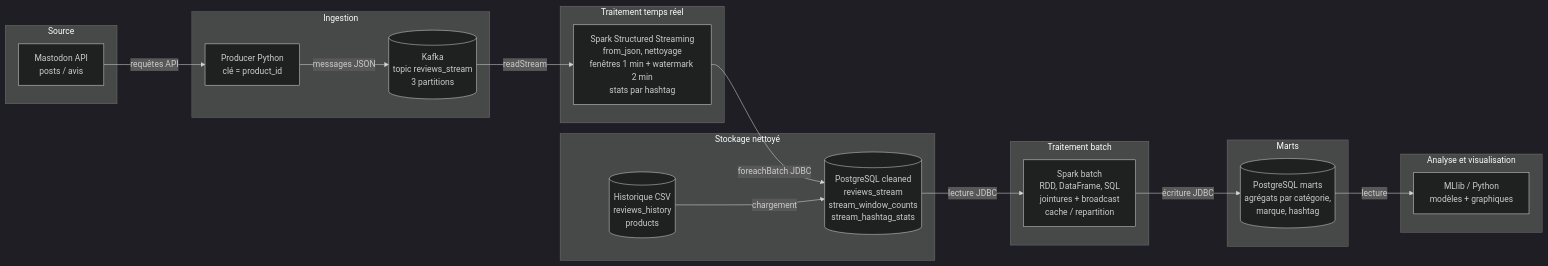
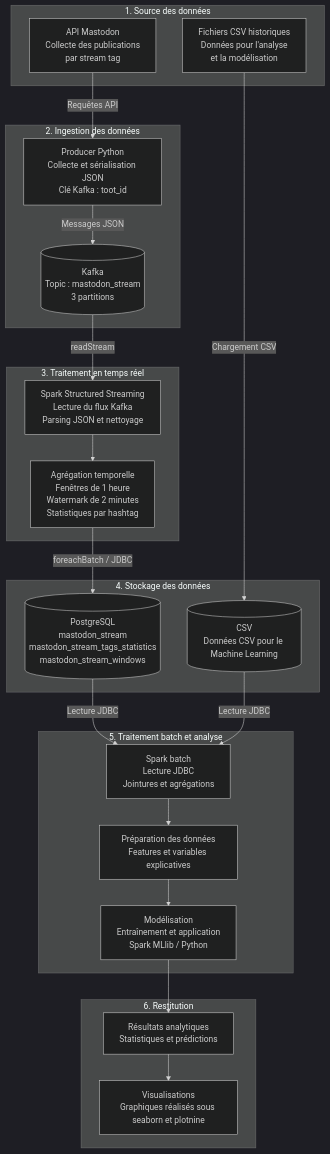
Before and after one commit to julien-data-analyst/5SPAR-streaming-spark: the diagram in README.md, drawn with Mermaid (dark theme). The commit also changed other lines of this file and 3 other files, not shown here.

````diff
--- a/README.md
+++ b/README.md
@@ -69,41 +198,50 @@
 ```mermaid
-flowchart LR
-    subgraph SRC["Source"]
-        A["Mastodon API<br/>posts / avis"]
+flowchart TD
+
+    subgraph SRC["1. Source des données"]
+        A["API Mastodon<br/>Collecte des publications<br/>par stream tag"]
+        H["Fichiers CSV historiques<br/>Données pour l'analyse<br/>et la modélisation"]
     end
 
-    subgraph ING["Ingestion"]
-        B["Producer Python<br/>clé = product_id"]
-        C[("Kafka<br/>topic reviews_stream<br/>3 partitions")]
+    subgraph ING["2. Ingestion des données"]
+        B["Producer Python<br/>Collecte et sérialisation JSON<br/>Clé Kafka : toot_id"]
+        C[("Kafka<br/>Topic : mastodon_stream<br/>3 partitions")]
     end
 
-    subgraph STR["Traitement temps réel"]
-        D["Spark Structured Streaming<br/>from_json, nettoyage<br/>fenêtres 1 min + watermark 2 min<br/>stats par hashtag"]
+    subgraph STR["3. Traitement en temps réel"]
+        D["Spark Structured Streaming<br/>Lecture du flux Kafka<br/>Parsing JSON et nettoyage"]
+        W["Agrégation temporelle<br/>Fenêtres de 1 heure<br/>Watermark de 2 minutes<br/>Statistiques par hashtag"]
     end
 
-    subgraph CLEAN["Stockage nettoyé"]
-        E[("PostgreSQL cleaned<br/>reviews_stream<br/>stream_window_counts<br/>stream_hashtag_stats")]
-        H[("Historique CSV<br/>reviews_history<br/>products")]
+    subgraph STO["4. Stockage des données"]
+        E[("PostgreSQL<br/>mastodon_stream<br/>mastodon_stream_tags_statistics<br/>mastodon_stream_windows")]
+        J[("CSV<br/>Données CSV pour le Machine Learning")]
     end
 
-    subgraph BAT["Traitement batch"]
-        F["Spark batch<br/>RDD, DataFrame, SQL<br/>jointures + broadcast<br/>cache / repartition"]
+    subgraph BAT["5. Traitement batch et analyse"]
+        F["Spark batch<br/>Lecture JDBC<br/>Jointures et agrégations"]
+        G["Préparation des données<br/>Features et variables explicatives"]
+        M["Modélisation<br/>Entraînement et application<br/>Spark MLlib / Python"]
     end
 
-    subgraph MART["Marts"]
-        G[("PostgreSQL marts<br/>agrégats par catégorie,<br/>marque, hashtag")]
+    subgraph OUT["6. Restitution"]
+        I["Résultats analytiques<br/>Statistiques et prédictions"]
+        V["Visualisations<br/>Graphiques réalisés sous seaborn et plotnine"]
     end
 
-    subgraph ML["Analyse et visualisation"]
-        I["MLlib / Python<br/>modèles + graphiques"]
-    end
+    A -->|"Requêtes API"| B
+    B -->|"Messages JSON"| C
+    C -->|"readStream"| D
+    D --> W
+    W -->|"foreachBatch / JDBC"| E
 
-    A -->|"requêtes API"| B
-    B -->|"messages JSON"| C
-    C -->|"readStream"| D
-    D -->|"foreachBatch JDBC"| E
-    H -->|"chargement"| E
-    E -->|"lecture JDBC"| F
-    F -->|"écriture JDBC"| G
-    G -->|"lecture"| I
+    H -->|"Chargement CSV"| J
+
+    E -->|"Lecture JDBC"| F
+    J -->|"Lecture JDBC"| F
+
+    F --> G
+    G --> M
+    M --> I
+    I --> V
 ```
````
